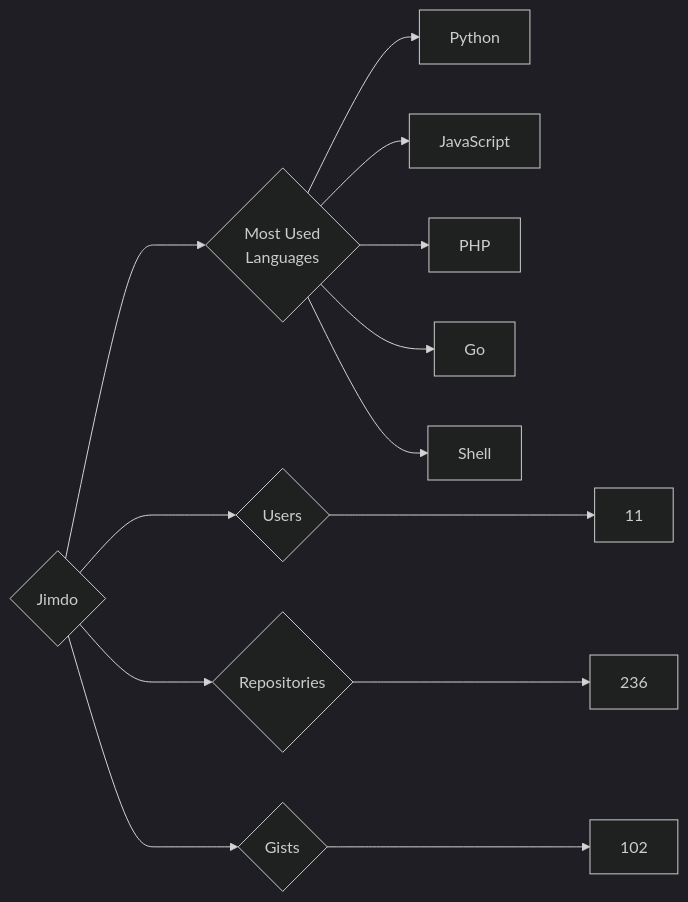
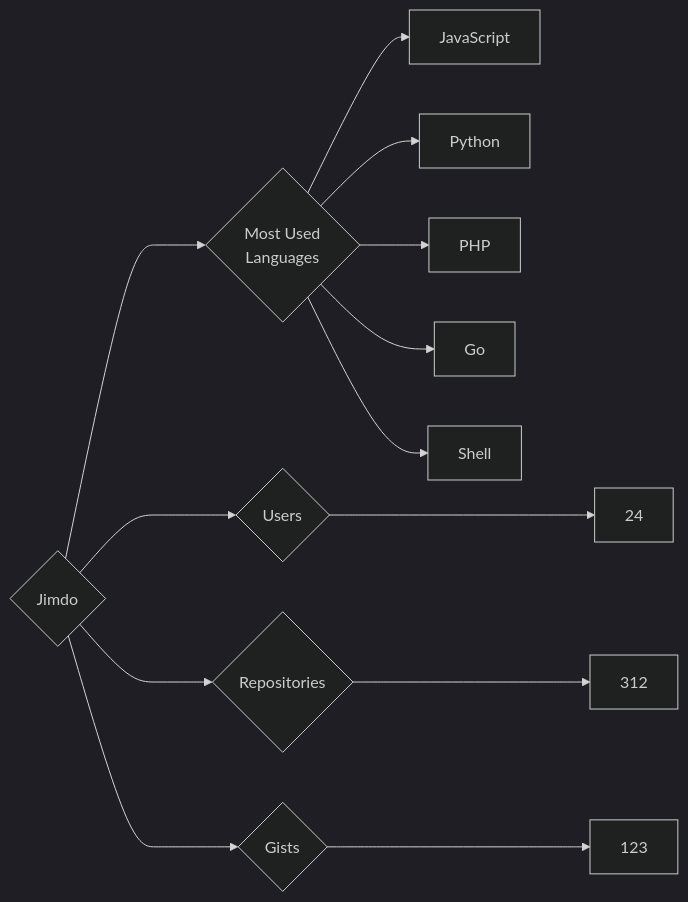
Before and after one commit to trickest/insiders: the diagram in targets/Jimdo/README.md, drawn with Mermaid (dark theme). The commit also changed 823 other files, not shown here.

````diff
--- a/targets/Jimdo/README.md
+++ b/targets/Jimdo/README.md
@@ -3,13 +3,13 @@
 ```mermaid
 graph LR
 COMPANY_NAME{Jimdo}
-COMPANY_NAME ---> U{Users} ---> UN[11]
-COMPANY_NAME ---> R{Repositories} ---> RN[236]
-COMPANY_NAME ---> G{Gists} ---> GN[102]
+COMPANY_NAME ---> U{Users} ---> UN[24]
+COMPANY_NAME ---> R{Repositories} ---> RN[312]
+COMPANY_NAME ---> G{Gists} ---> GN[123]
 COMPANY_NAME ---> ML{Most Used<br>Languages}
+ML --> JavaScript[JavaScript]
 ML --> Python[Python]
-ML --> JavaScript[JavaScript]
 ML --> PHP[PHP]
 ML --> Go[Go]
 ML --> Shell[Shell]
 ```
````
